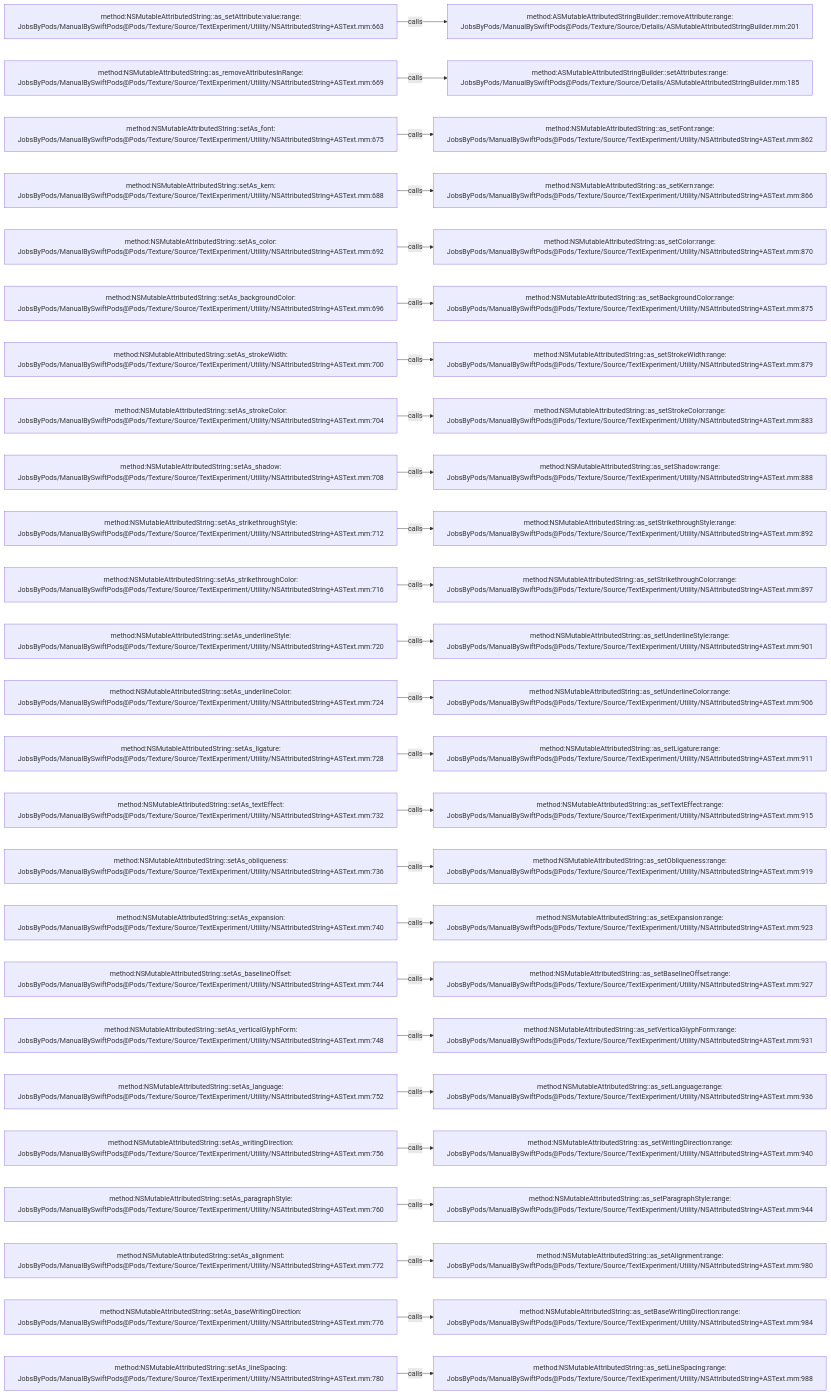
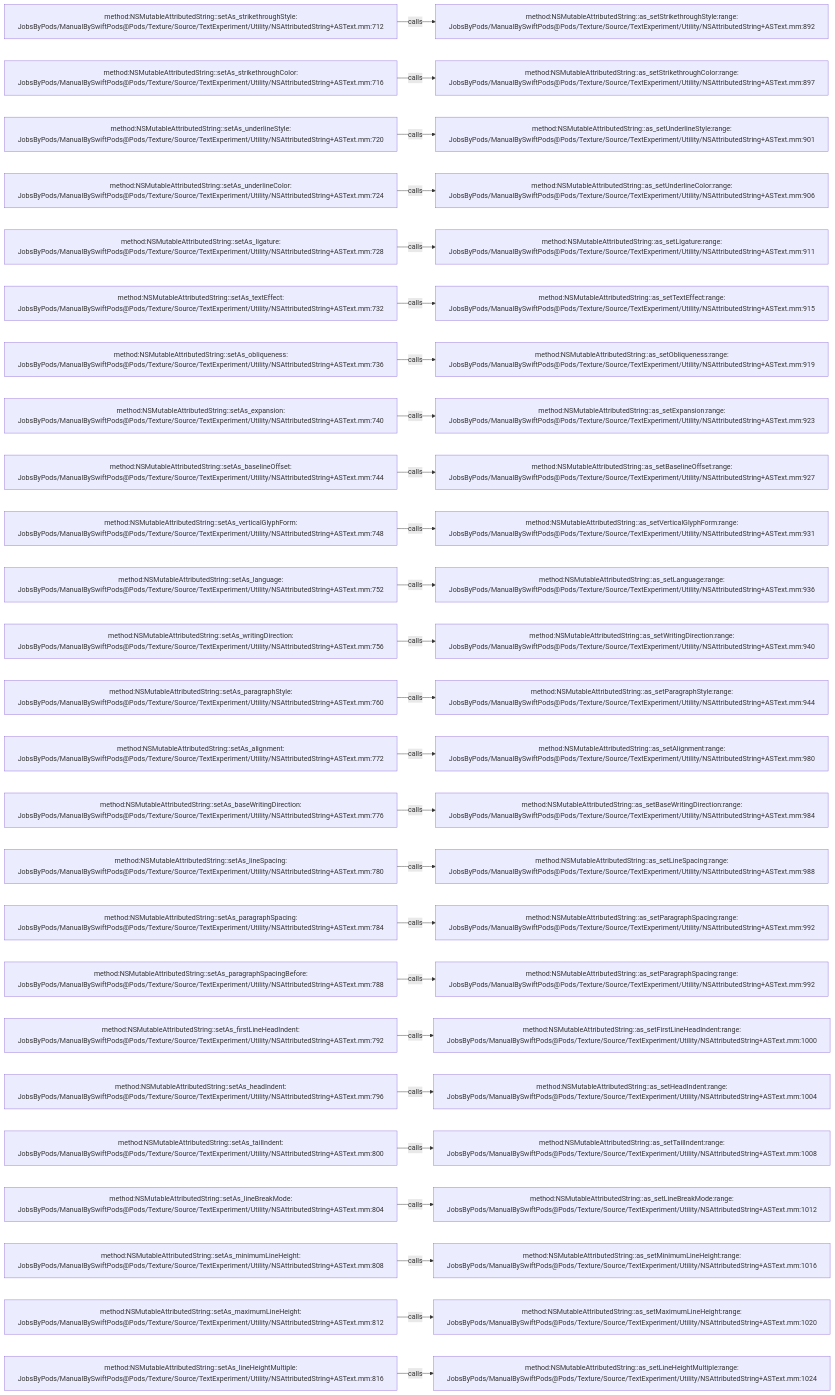
One commit to JobsKits/JobsSwiftBaseConfigDemo changed the diagram in .codegraph/codegraph.md/graphs/calls-144.md. Above: the diagram before and after it, drawn with Mermaid. The commit also changed 707 other files, not shown here.

````diff
--- a/.codegraph/codegraph.md/graphs/calls-144.md
+++ b/.codegraph/codegraph.md/graphs/calls-144.md
@@ -13,78 +13,78 @@
 ```mermaid
 flowchart LR
-  S1["method:NSMutableAttributedString::as_setAttribute:value:range:<br/>JobsByPods/ManualBySwiftPods@Pods/Texture/Source/TextExperiment/Utility/NSAttributedString+ASText.mm:663"]
-  T1["method:ASMutableAttributedStringBuilder::removeAttribute:range:<br/>JobsByPods/ManualBySwiftPods@Pods/Texture/Source/Details/ASMutableAttributedStringBuilder.mm:201"]
+  S1["method:NSMutableAttributedString::setAs_strikethroughStyle:<br/>JobsByPods/ManualBySwiftPods@Pods/Texture/Source/TextExperiment/Utility/NSAttributedString+ASText.mm:712"]
+  T1["method:NSMutableAttributedString::as_setStrikethroughStyle:range:<br/>JobsByPods/ManualBySwiftPods@Pods/Texture/Source/TextExperiment/Utility/NSAttributedString+ASText.mm:892"]
   S1 -->|calls| T1
-  S2["method:NSMutableAttributedString::as_removeAttributesInRange:<br/>JobsByPods/ManualBySwiftPods@Pods/Texture/Source/TextExperiment/Utility/NSAttributedString+ASText.mm:669"]
-  T2["method:ASMutableAttributedStringBuilder::setAttributes:range:<br/>JobsByPods/ManualBySwiftPods@Pods/Texture/Source/Details/ASMutableAttributedStringBuilder.mm:185"]
+  S2["method:NSMutableAttributedString::setAs_strikethroughColor:<br/>JobsByPods/ManualBySwiftPods@Pods/Texture/Source/TextExperiment/Utility/NSAttributedString+ASText.mm:716"]
+  T2["method:NSMutableAttributedString::as_setStrikethroughColor:range:<br/>JobsByPods/ManualBySwiftPods@Pods/Texture/Source/TextExperiment/Utility/NSAttributedString+ASText.mm:897"]
   S2 -->|calls| T2
-  S3["method:NSMutableAttributedString::setAs_font:<br/>JobsByPods/ManualBySwiftPods@Pods/Texture/Source/TextExperiment/Utility/NSAttributedString+ASText.mm:675"]
-  T3["method:NSMutableAttributedString::as_setFont:range:<br/>JobsByPods/ManualBySwiftPods@Pods/Texture/Source/TextExperiment/Utility/NSAttributedString+ASText.mm:862"]
+  S3["method:NSMutableAttributedString::setAs_underlineStyle:<br/>JobsByPods/ManualBySwiftPods@Pods/Texture/Source/TextExperiment/Utility/NSAttributedString+ASText.mm:720"]
+  T3["method:NSMutableAttributedString::as_setUnderlineStyle:range:<br/>JobsByPods/ManualBySwiftPods@Pods/Texture/Source/TextExperiment/Utility/NSAttributedString+ASText.mm:901"]
   S3 -->|calls| T3
-  S4["method:NSMutableAttributedString::setAs_kern:<br/>JobsByPods/ManualBySwiftPods@Pods/Texture/Source/TextExperiment/Utility/NSAttributedString+ASText.mm:688"]
-  T4["method:NSMutableAttributedString::as_setKern:range:<br/>JobsByPods/ManualBySwiftPods@Pods/Texture/Source/TextExperiment/Utility/NSAttributedString+ASText.mm:866"]
+  S4["method:NSMutableAttributedString::setAs_underlineColor:<br/>JobsByPods/ManualBySwiftPods@Pods/Texture/Source/TextExperiment/Utility/NSAttributedString+ASText.mm:724"]
+  T4["method:NSMutableAttributedString::as_setUnderlineColor:range:<br/>JobsByPods/ManualBySwiftPods@Pods/Texture/Source/TextExperiment/Utility/NSAttributedString+ASText.mm:906"]
   S4 -->|calls| T4
-  S5["method:NSMutableAttributedString::setAs_color:<br/>JobsByPods/ManualBySwiftPods@Pods/Texture/Source/TextExperiment/Utility/NSAttributedString+ASText.mm:692"]
-  T5["method:NSMutableAttributedString::as_setColor:range:<br/>JobsByPods/ManualBySwiftPods@Pods/Texture/Source/TextExperiment/Utility/NSAttributedString+ASText.mm:870"]
+  S5["method:NSMutableAttributedString::setAs_ligature:<br/>JobsByPods/ManualBySwiftPods@Pods/Texture/Source/TextExperiment/Utility/NSAttributedString+ASText.mm:728"]
+  T5["method:NSMutableAttributedString::as_setLigature:range:<br/>JobsByPods/ManualBySwiftPods@Pods/Texture/Source/TextExperiment/Utility/NSAttributedString+ASText.mm:911"]
   S5 -->|calls| T5
-  S6["method:NSMutableAttributedString::setAs_backgroundColor:<br/>JobsByPods/ManualBySwiftPods@Pods/Texture/Source/TextExperiment/Utility/NSAttributedString+ASText.mm:696"]
-  T6["method:NSMutableAttributedString::as_setBackgroundColor:range:<br/>JobsByPods/ManualBySwiftPods@Pods/Texture/Source/TextExperiment/Utility/NSAttributedString+ASText.mm:875"]
+  S6["method:NSMutableAttributedString::setAs_textEffect:<br/>JobsByPods/ManualBySwiftPods@Pods/Texture/Source/TextExperiment/Utility/NSAttributedString+ASText.mm:732"]
+  T6["method:NSMutableAttributedString::as_setTextEffect:range:<br/>JobsByPods/ManualBySwiftPods@Pods/Texture/Source/TextExperiment/Utility/NSAttributedString+ASText.mm:915"]
   S6 -->|calls| T6
-  S7["method:NSMutableAttributedString::setAs_strokeWidth:<br/>JobsByPods/ManualBySwiftPods@Pods/Texture/Source/TextExperiment/Utility/NSAttributedString+ASText.mm:700"]
-  T7["method:NSMutableAttributedString::as_setStrokeWidth:range:<br/>JobsByPods/ManualBySwiftPods@Pods/Texture/Source/TextExperiment/Utility/NSAttributedString+ASText.mm:879"]
+  S7["method:NSMutableAttributedString::setAs_obliqueness:<br/>JobsByPods/ManualBySwiftPods@Pods/Texture/Source/TextExperiment/Utility/NSAttributedString+ASText.mm:736"]
+  T7["method:NSMutableAttributedString::as_setObliqueness:range:<br/>JobsByPods/ManualBySwiftPods@Pods/Texture/Source/TextExperiment/Utility/NSAttributedString+ASText.mm:919"]
   S7 -->|calls| T7
-  S8["method:NSMutableAttributedString::setAs_strokeColor:<br/>JobsByPods/ManualBySwiftPods@Pods/Texture/Source/TextExperiment/Utility/NSAttributedString+ASText.mm:704"]
-  T8["method:NSMutableAttributedString::as_setStrokeColor:range:<br/>JobsByPods/ManualBySwiftPods@Pods/Texture/Source/TextExperiment/Utility/NSAttributedString+ASText.mm:883"]
+  S8["method:NSMutableAttributedString::setAs_expansion:<br/>JobsByPods/ManualBySwiftPods@Pods/Texture/Source/TextExperiment/Utility/NSAttributedString+ASText.mm:740"]
+  T8["method:NSMutableAttributedString::as_setExpansion:range:<br/>JobsByPods/ManualBySwiftPods@Pods/Texture/Source/TextExperiment/Utility/NSAttributedString+ASText.mm:923"]
   S8 -->|calls| T8
-  S9["method:NSMutableAttributedString::setAs_shadow:<br/>JobsByPods/ManualBySwiftPods@Pods/Texture/Source/TextExperiment/Utility/NSAttributedString+ASText.mm:708"]
-  T9["method:NSMutableAttributedString::as_setShadow:range:<br/>JobsByPods/ManualBySwiftPods@Pods/Texture/Source/TextExperiment/Utility/NSAttributedString+ASText.mm:888"]
+  S9["method:NSMutableAttributedString::setAs_baselineOffset:<br/>JobsByPods/ManualBySwiftPods@Pods/Texture/Source/TextExperiment/Utility/NSAttributedString+ASText.mm:744"]
+  T9["method:NSMutableAttributedString::as_setBaselineOffset:range:<br/>JobsByPods/ManualBySwiftPods@Pods/Texture/Source/TextExperiment/Utility/NSAttributedString+ASText.mm:927"]
   S9 -->|calls| T9
-  S10["method:NSMutableAttributedString::setAs_strikethroughStyle:<br/>JobsByPods/ManualBySwiftPods@Pods/Texture/Source/TextExperiment/Utility/NSAttributedString+ASText.mm:712"]
-  T10["method:NSMutableAttributedString::as_setStrikethroughStyle:range:<br/>JobsByPods/ManualBySwiftPods@Pods/Texture/Source/TextExperiment/Utility/NSAttributedString+ASText.mm:892"]
+  S10["method:NSMutableAttributedString::setAs_verticalGlyphForm:<br/>JobsByPods/ManualBySwiftPods@Pods/Texture/Source/TextExperiment/Utility/NSAttributedString+ASText.mm:748"]
+  T10["method:NSMutableAttributedString::as_setVerticalGlyphForm:range:<br/>JobsByPods/ManualBySwiftPods@Pods/Texture/Source/TextExperiment/Utility/NSAttributedString+ASText.mm:931"]
   S10 -->|calls| T10
-  S11["method:NSMutableAttributedString::setAs_strikethroughColor:<br/>JobsByPods/ManualBySwiftPods@Pods/Texture/Source/TextExperiment/Utility/NSAttributedString+ASText.mm:716"]
-  T11["method:NSMutableAttributedString::as_setStrikethroughColor:range:<br/>JobsByPods/ManualBySwiftPods@Pods/Texture/Source/TextExperiment/Utility/NSAttributedString+ASText.mm:897"]
+  S11["method:NSMutableAttributedString::setAs_language:<br/>JobsByPods/ManualBySwiftPods@Pods/Texture/Source/TextExperiment/Utility/NSAttributedString+ASText.mm:752"]
+  T11["method:NSMutableAttributedString::as_setLanguage:range:<br/>JobsByPods/ManualBySwiftPods@Pods/Texture/Source/TextExperiment/Utility/NSAttributedString+ASText.mm:936"]
   S11 -->|calls| T11
-  S12["method:NSMutableAttributedString::setAs_underlineStyle:<br/>JobsByPods/ManualBySwiftPods@Pods/Texture/Source/TextExperiment/Utility/NSAttributedString+ASText.mm:720"]
-  T12["method:NSMutableAttributedString::as_setUnderlineStyle:range:<br/>JobsByPods/ManualBySwiftPods@Pods/Texture/Source/TextExperiment/Utility/NSAttributedString+ASText.mm:901"]
+  S12["method:NSMutableAttributedString::setAs_writingDirection:<br/>JobsByPods/ManualBySwiftPods@Pods/Texture/Source/TextExperiment/Utility/NSAttributedString+ASText.mm:756"]
+  T12["method:NSMutableAttributedString::as_setWritingDirection:range:<br/>JobsByPods/ManualBySwiftPods@Pods/Texture/Source/TextExperiment/Utility/NSAttributedString+ASText.mm:940"]
   S12 -->|calls| T12
-  S13["method:NSMutableAttributedString::setAs_underlineColor:<br/>JobsByPods/ManualBySwiftPods@Pods/Texture/Source/TextExperiment/Utility/NSAttributedString+ASText.mm:724"]
-  T13["method:NSMutableAttributedString::as_setUnderlineColor:range:<br/>JobsByPods/ManualBySwiftPods@Pods/Texture/Source/TextExperiment/Utility/NSAttributedString+ASText.mm:906"]
+  S13["method:NSMutableAttributedString::setAs_paragraphStyle:<br/>JobsByPods/ManualBySwiftPods@Pods/Texture/Source/TextExperiment/Utility/NSAttributedString+ASText.mm:760"]
+  T13["method:NSMutableAttributedString::as_setParagraphStyle:range:<br/>JobsByPods/ManualBySwiftPods@Pods/Texture/Source/TextExperiment/Utility/NSAttributedString+ASText.mm:944"]
   S13 -->|calls| T13
-  S14["method:NSMutableAttributedString::setAs_ligature:<br/>JobsByPods/ManualBySwiftPods@Pods/Texture/Source/TextExperiment/Utility/NSAttributedString+ASText.mm:728"]
-  T14["method:NSMutableAttributedString::as_setLigature:range:<br/>JobsByPods/ManualBySwiftPods@Pods/Texture/Source/TextExperiment/Utility/NSAttributedString+ASText.mm:911"]
+  S14["method:NSMutableAttributedString::setAs_alignment:<br/>JobsByPods/ManualBySwiftPods@Pods/Texture/Source/TextExperiment/Utility/NSAttributedString+ASText.mm:772"]
+  T14["method:NSMutableAttributedString::as_setAlignment:range:<br/>JobsByPods/ManualBySwiftPods@Pods/Texture/Source/TextExperiment/Utility/NSAttributedString+ASText.mm:980"]
   S14 -->|calls| T14
-  S15["method:NSMutableAttributedString::setAs_textEffect:<br/>JobsByPods/ManualBySwiftPods@Pods/Texture/Source/TextExperiment/Utility/NSAttributedString+ASText.mm:732"]
-  T15["method:NSMutableAttributedString::as_setTextEffect:range:<br/>JobsByPods/ManualBySwiftPods@Pods/Texture/Source/TextExperiment/Utility/NSAttributedString+ASText.mm:915"]
+  S15["method:NSMutableAttributedString::setAs_baseWritingDirection:<br/>JobsByPods/ManualBySwiftPods@Pods/Texture/Source/TextExperiment/Utility/NSAttributedString+ASText.mm:776"]
+  T15["method:NSMutableAttributedString::as_setBaseWritingDirection:range:<br/>JobsByPods/ManualBySwiftPods@Pods/Texture/Source/TextExperiment/Utility/NSAttributedString+ASText.mm:984"]
   S15 -->|calls| T15
-  S16["method:NSMutableAttributedString::setAs_obliqueness:<br/>JobsByPods/ManualBySwiftPods@Pods/Texture/Source/TextExperiment/Utility/NSAttributedString+ASText.mm:736"]
-  T16["method:NSMutableAttributedString::as_setObliqueness:range:<br/>JobsByPods/ManualBySwiftPods@Pods/Texture/Source/TextExperiment/Utility/NSAttributedString+ASText.mm:919"]
+  S16["method:NSMutableAttributedString::setAs_lineSpacing:<br/>JobsByPods/ManualBySwiftPods@Pods/Texture/Source/TextExperiment/Utility/NSAttributedString+ASText.mm:780"]
+  T16["method:NSMutableAttributedString::as_setLineSpacing:range:<br/>JobsByPods/ManualBySwiftPods@Pods/Texture/Source/TextExperiment/Utility/NSAttributedString+ASText.mm:988"]
   S16 -->|calls| T16
-  S17["method:NSMutableAttributedString::setAs_expansion:<br/>JobsByPods/ManualBySwiftPods@Pods/Texture/Source/TextExperiment/Utility/NSAttributedString+ASText.mm:740"]
-  T17["method:NSMutableAttributedString::as_setExpansion:range:<br/>JobsByPods/ManualBySwiftPods@Pods/Texture/Source/TextExperiment/Utility/NSAttributedString+ASText.mm:923"]
+  S17["method:NSMutableAttributedString::setAs_paragraphSpacing:<br/>JobsByPods/ManualBySwiftPods@Pods/Texture/Source/TextExperiment/Utility/NSAttributedString+ASText.mm:784"]
+  T17["method:NSMutableAttributedString::as_setParagraphSpacing:range:<br/>JobsByPods/ManualBySwiftPods@Pods/Texture/Source/TextExperiment/Utility/NSAttributedString+ASText.mm:992"]
   S17 -->|calls| T17
-  S18["method:NSMutableAttributedString::setAs_baselineOffset:<br/>JobsByPods/ManualBySwiftPods@Pods/Texture/Source/TextExperiment/Utility/NSAttributedString+ASText.mm:744"]
-  T18["method:NSMutableAttributedString::as_setBaselineOffset:range:<br/>JobsByPods/ManualBySwiftPods@Pods/Texture/Source/TextExperiment/Utility/NSAttributedString+ASText.mm:927"]
+  S18["method:NSMutableAttributedString::setAs_paragraphSpacingBefore:<br/>JobsByPods/ManualBySwiftPods@Pods/Texture/Source/TextExperiment/Utility/NSAttributedString+ASText.mm:788"]
+  T18["method:NSMutableAttributedString::as_setParagraphSpacing:range:<br/>JobsByPods/ManualBySwiftPods@Pods/Texture/Source/TextExperiment/Utility/NSAttributedString+ASText.mm:992"]
   S18 -->|calls| T18
-  S19["method:NSMutableAttributedString::setAs_verticalGlyphForm:<br/>JobsByPods/ManualBySwiftPods@Pods/Texture/Source/TextExperiment/Utility/NSAttributedString+ASText.mm:748"]
-  T19["method:NSMutableAttributedString::as_setVerticalGlyphForm:range:<br/>JobsByPods/ManualBySwiftPods@Pods/Texture/Source/TextExperiment/Utility/NSAttributedString+ASText.mm:931"]
+  S19["method:NSMutableAttributedString::setAs_firstLineHeadIndent:<br/>JobsByPods/ManualBySwiftPods@Pods/Texture/Source/TextExperiment/Utility/NSAttributedString+ASText.mm:792"]
+  T19["method:NSMutableAttributedString::as_setFirstLineHeadIndent:range:<br/>JobsByPods/ManualBySwiftPods@Pods/Texture/Source/TextExperiment/Utility/NSAttributedString+ASText.mm:1000"]
   S19 -->|calls| T19
-  S20["method:NSMutableAttributedString::setAs_language:<br/>JobsByPods/ManualBySwiftPods@Pods/Texture/Source/TextExperiment/Utility/NSAttributedString+ASText.mm:752"]
-  T20["method:NSMutableAttributedString::as_setLanguage:range:<br/>JobsByPods/ManualBySwiftPods@Pods/Texture/Source/TextExperiment/Utility/NSAttributedString+ASText.mm:936"]
+  S20["method:NSMutableAttributedString::setAs_headIndent:<br/>JobsByPods/ManualBySwiftPods@Pods/Texture/Source/TextExperiment/Utility/NSAttributedString+ASText.mm:796"]
+  T20["method:NSMutableAttributedString::as_setHeadIndent:range:<br/>JobsByPods/ManualBySwiftPods@Pods/Texture/Source/TextExperiment/Utility/NSAttributedString+ASText.mm:1004"]
   S20 -->|calls| T20
-  S21["method:NSMutableAttributedString::setAs_writingDirection:<br/>JobsByPods/ManualBySwiftPods@Pods/Texture/Source/TextExperiment/Utility/NSAttributedString+ASText.mm:756"]
-  T21["method:NSMutableAttributedString::as_setWritingDirection:range:<br/>JobsByPods/ManualBySwiftPods@Pods/Texture/Source/TextExperiment/Utility/NSAttributedString+ASText.mm:940"]
+  S21["method:NSMutableAttributedString::setAs_tailIndent:<br/>JobsByPods/ManualBySwiftPods@Pods/Texture/Source/TextExperiment/Utility/NSAttributedString+ASText.mm:800"]
+  T21["method:NSMutableAttributedString::as_setTailIndent:range:<br/>JobsByPods/ManualBySwiftPods@Pods/Texture/Source/TextExperiment/Utility/NSAttributedString+ASText.mm:1008"]
   S21 -->|calls| T21
-  S22["method:NSMutableAttributedString::setAs_paragraphStyle:<br/>JobsByPods/ManualBySwiftPods@Pods/Texture/Source/TextExperiment/Utility/NSAttributedString+ASText.mm:760"]
-  T22["method:NSMutableAttributedString::as_setParagraphStyle:range:<br/>JobsByPods/ManualBySwiftPods@Pods/Texture/Source/TextExperiment/Utility/NSAttributedString+ASText.mm:944"]
+  S22["method:NSMutableAttributedString::setAs_lineBreakMode:<br/>JobsByPods/ManualBySwiftPods@Pods/Texture/Source/TextExperiment/Utility/NSAttributedString+ASText.mm:804"]
+  T22["method:NSMutableAttributedString::as_setLineBreakMode:range:<br/>JobsByPods/ManualBySwiftPods@Pods/Texture/Source/TextExperiment/Utility/NSAttributedString+ASText.mm:1012"]
   S22 -->|calls| T22
-  S23["method:NSMutableAttributedString::setAs_alignment:<br/>JobsByPods/ManualBySwiftPods@Pods/Texture/Source/TextExperiment/Utility/NSAttributedString+ASText.mm:772"]
-  T23["method:NSMutableAttributedString::as_setAlignment:range:<br/>JobsByPods/ManualBySwiftPods@Pods/Texture/Source/TextExperiment/Utility/NSAttributedString+ASText.mm:980"]
+  S23["method:NSMutableAttributedString::setAs_minimumLineHeight:<br/>JobsByPods/ManualBySwiftPods@Pods/Texture/Source/TextExperiment/Utility/NSAttributedString+ASText.mm:808"]
+  T23["method:NSMutableAttributedString::as_setMinimumLineHeight:range:<br/>JobsByPods/ManualBySwiftPods@Pods/Texture/Source/TextExperiment/Utility/NSAttributedString+ASText.mm:1016"]
   S23 -->|calls| T23
-  S24["method:NSMutableAttributedString::setAs_baseWritingDirection:<br/>JobsByPods/ManualBySwiftPods@Pods/Texture/Source/TextExperiment/Utility/NSAttributedString+ASText.mm:776"]
-  T24["method:NSMutableAttributedString::as_setBaseWritingDirection:range:<br/>JobsByPods/ManualBySwiftPods@Pods/Texture/Source/TextExperiment/Utility/NSAttributedString+ASText.mm:984"]
+  S24["method:NSMutableAttributedString::setAs_maximumLineHeight:<br/>JobsByPods/ManualBySwiftPods@Pods/Texture/Source/TextExperiment/Utility/NSAttributedString+ASText.mm:812"]
+  T24["method:NSMutableAttributedString::as_setMaximumLineHeight:range:<br/>JobsByPods/ManualBySwiftPods@Pods/Texture/Source/TextExperiment/Utility/NSAttributedString+ASText.mm:1020"]
   S24 -->|calls| T24
-  S25["method:NSMutableAttributedString::setAs_lineSpacing:<br/>JobsByPods/ManualBySwiftPods@Pods/Texture/Source/TextExperiment/Utility/NSAttributedString+ASText.mm:780"]
-  T25["method:NSMutableAttributedString::as_setLineSpacing:range:<br/>JobsByPods/ManualBySwiftPods@Pods/Texture/Source/TextExperiment/Utility/NSAttributedString+ASText.mm:988"]
+  S25["method:NSMutableAttributedString::setAs_lineHeightMultiple:<br/>JobsByPods/ManualBySwiftPods@Pods/Texture/Source/TextExperiment/Utility/NSAttributedString+ASText.mm:816"]
+  T25["method:NSMutableAttributedString::as_setLineHeightMultiple:range:<br/>JobsByPods/ManualBySwiftPods@Pods/Texture/Source/TextExperiment/Utility/NSAttributedString+ASText.mm:1024"]
   S25 -->|calls| T25
 ```
````
